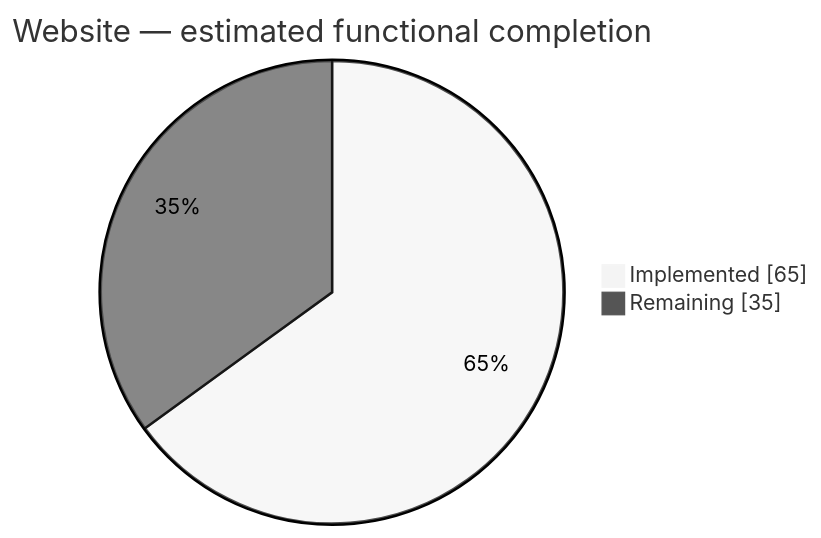
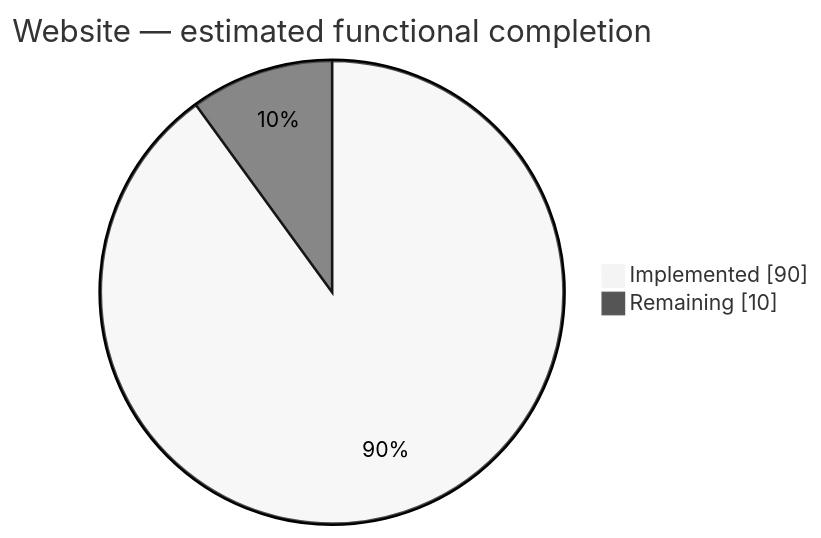
Before and after one commit to RamishSadiq/Nexora: the third of 3 diagrams in docs/strategy/NEXORA_PROGRESS_REPORT.md, drawn with Mermaid (neutral theme). The commit also changed other lines of this file and 91 other files, not shown here.

````diff
--- a/docs/strategy/NEXORA_PROGRESS_REPORT.md
+++ b/docs/strategy/NEXORA_PROGRESS_REPORT.md
@@ -40,6 +42,6 @@
 ```mermaid
 pie showData
     title Website — estimated functional completion
-    "Implemented" : 65
-    "Remaining" : 35
+    "Implemented" : 90
+    "Remaining" : 10
 ```
````
